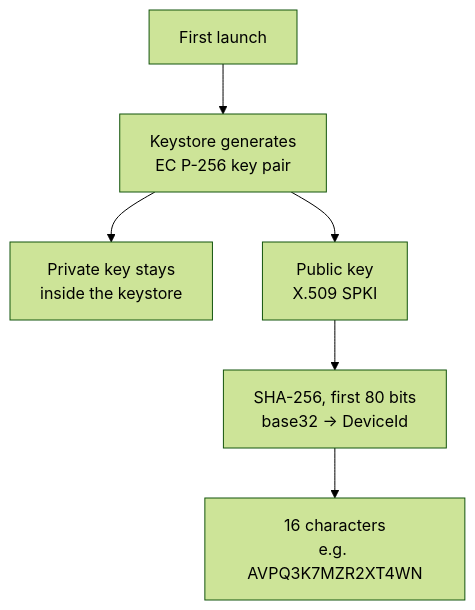
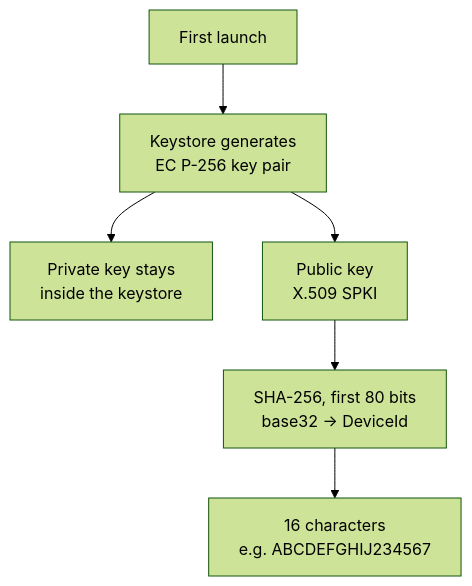
The first of 6 diagrams in docs/ARCHITECTURE.md (MolleWare/porygonlist), drawn with Mermaid (forest theme) before and after one commit. The commit also changed 2 other files, not shown here.

Commit message:
Use made-up ids and documentation addresses in test fixtures and docs
PeerAddressBookTest's peer was DeviceId("VJPUMTYCQR4KXVCX") at
192.168.1.151:38623, which reads as a real phone's id and a home address,
and the repository is public. It is now AVAAAAAAAAAAAAAA at 192.0.2.10:8931,
in the style of the other fixtures. A grep of the tests and docs found two
more: SettledSnapshotTest's 192.168.1.93, from a session, now 192.0.2.20,
and the example id in ARCHITECTURE.md's identity diagram, now plainly an
example. The generic 192.168.1.1 router and the 192.168 addresses the
pairing tests use to check the private range are left as they are.

````diff
--- a/docs/ARCHITECTURE.md
+++ b/docs/ARCHITECTURE.md
@@ -60,8 +60,8 @@
 ```mermaid
 flowchart TD
   A[First launch] --> B[Keystore generates<br/>EC P-256 key pair]
   B --> C[Private key stays<br/>inside the keystore]
   B --> D[Public key<br/>X.509 SPKI]
   D --> E[SHA-256, first 80 bits<br/>base32 → DeviceId]
-  E --> F[16 characters<br/>e.g. AVPQ3K7MZR2XT4WN]
+  E --> F[16 characters<br/>e.g. ABCDEFGHIJ234567]
 ```
````
